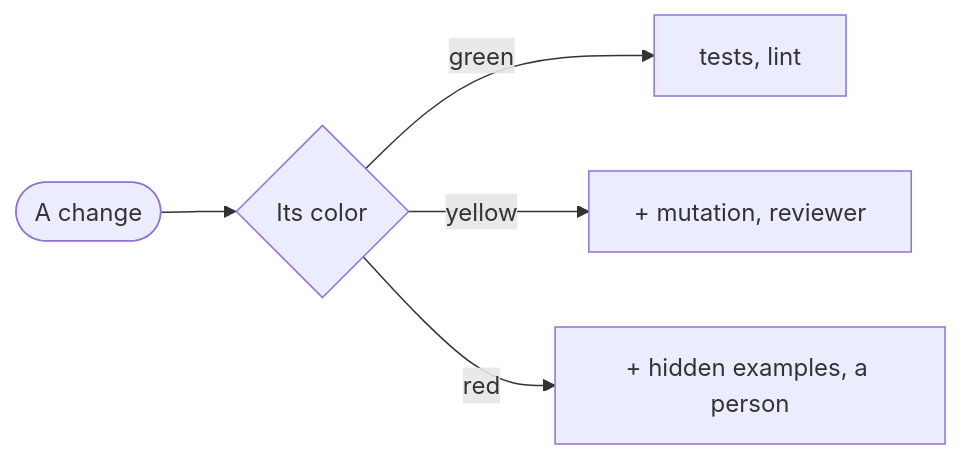
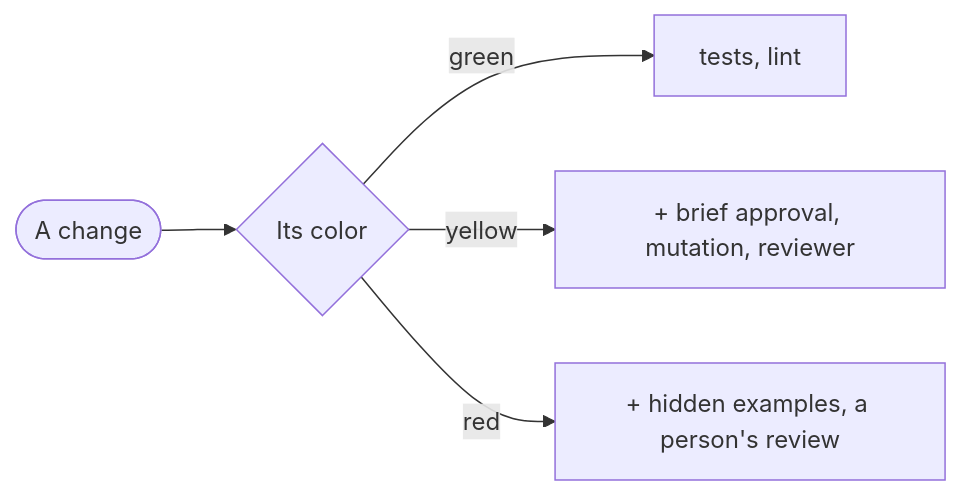
The diagram in skills/gdd-prepare/assets/blueprint.md (MarsGotta/gdd), drawn with Mermaid before and after one commit. The commit also changed other lines of this file and 45 other files, not shown here.

````diff
--- a/skills/gdd-prepare/assets/blueprint.md
+++ b/skills/gdd-prepare/assets/blueprint.md
@@ -57,7 +56,7 @@
 ```mermaid
 flowchart LR
   change([A change]) --> color{Its color}
   color -->|green| green[tests, lint]
-  color -->|yellow| yellow[+ mutation, reviewer]
-  color -->|red| red[+ hidden examples, a person]
+  color -->|yellow| yellow[+ brief approval, mutation, reviewer]
+  color -->|red| red[+ hidden examples, a person's review]
 ```
````
